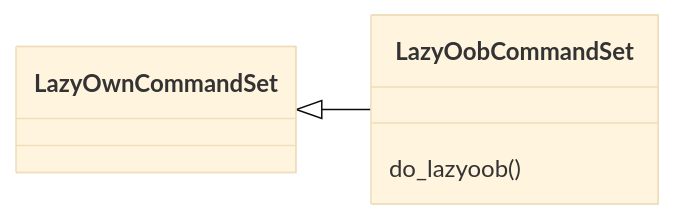
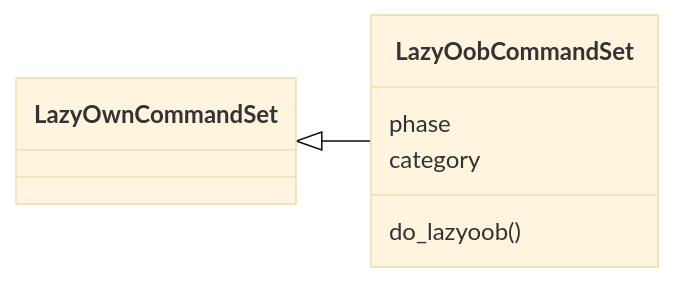
The first of 2 diagrams in readmenator-apidocs/modules/cli.commands.lazy_oob.py.md (grisuno/LazyOwn), drawn with Mermaid (base theme) before and after one commit. The commit also changed other lines of this file and 267 other files, not shown here.

````diff
--- a/readmenator-apidocs/modules/cli.commands.lazy_oob.py.md
+++ b/readmenator-apidocs/modules/cli.commands.lazy_oob.py.md
@@ -13,8 +13,10 @@
 ```mermaid
 classDiagram
     direction LR
     class LazyOobCommandSet
+    LazyOobCommandSet : phase
+    LazyOobCommandSet : category
     LazyOobCommandSet : do_lazyoob()
     class LazyOwnCommandSet
     LazyOwnCommandSet <|-- LazyOobCommandSet
 ```
````
